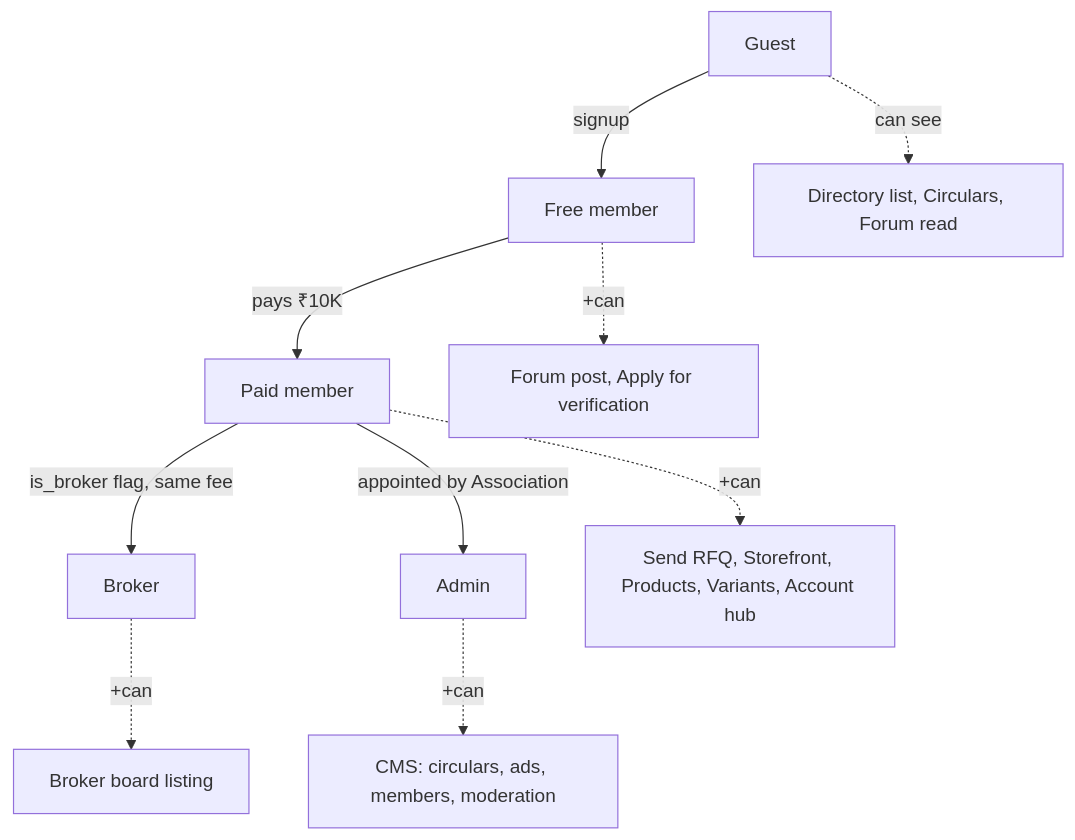
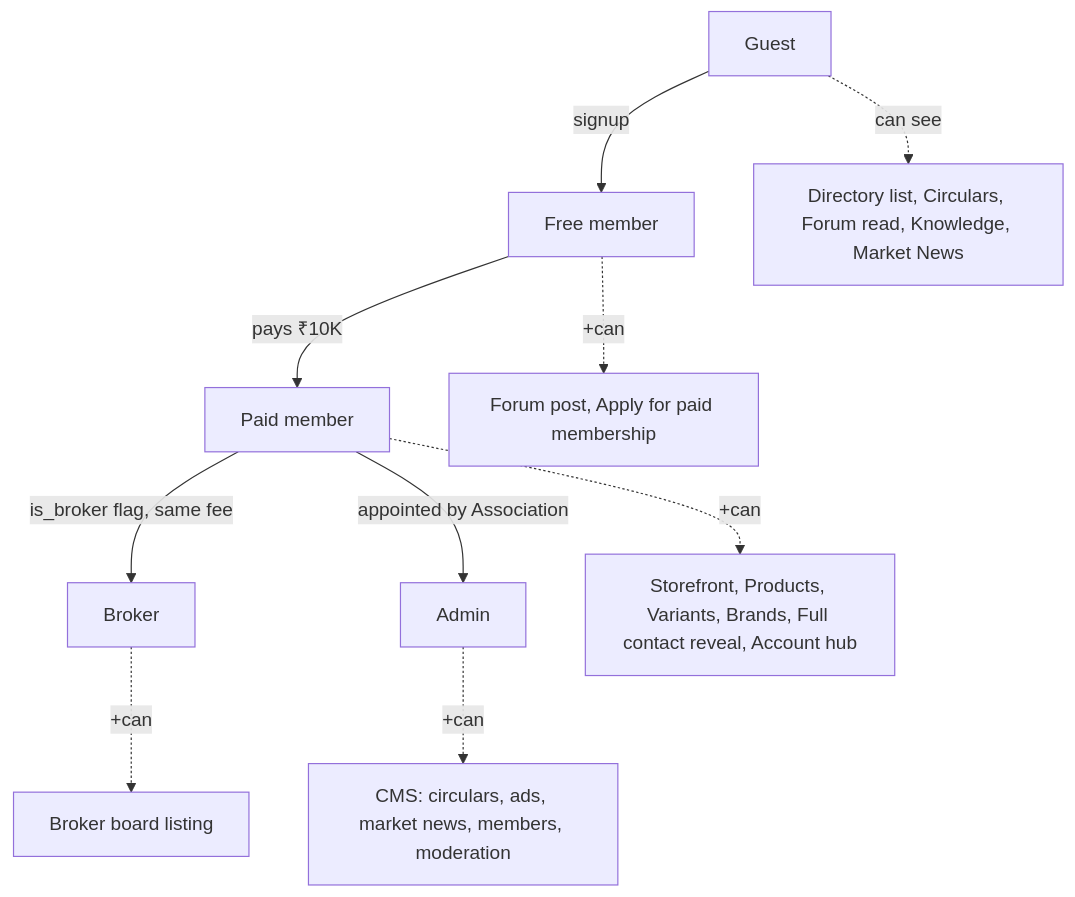
Before and after one commit to arka97/mddma-test: the first of 2 diagrams in src/content/docs/03-product-and-ux.md, drawn with Mermaid. The commit also changed other lines of this file and 6 other files, not shown here.

````diff
--- a/src/content/docs/03-product-and-ux.md
+++ b/src/content/docs/03-product-and-ux.md
@@ -25,13 +29,13 @@
 ```mermaid
 flowchart TD
   G[Guest] -->|signup| F[Free member]
   F -->|pays ₹10K| P[Paid member]
   P -->|is_broker flag, same fee| B[Broker]
   P -->|appointed by Association| A[Admin]
 
-  G -.can see.-> Public[Directory list, Circulars, Forum read]
-  F -.+can.-> FreeAdds[Forum post, Apply for verification]
-  P -.+can.-> PaidAdds[Send RFQ, Storefront, Products, Variants, Account hub]
+  G -.can see.-> Public[Directory list, Circulars, Forum read, Knowledge, Market News]
+  F -.+can.-> FreeAdds[Forum post, Apply for paid membership]
+  P -.+can.-> PaidAdds[Storefront, Products, Variants, Brands, Full contact reveal, Account hub]
   B -.+can.-> BrokerAdds[Broker board listing]
-  A -.+can.-> AdminAdds[CMS: circulars, ads, members, moderation]
+  A -.+can.-> AdminAdds[CMS: circulars, ads, market news, members, moderation]
 ```
````
